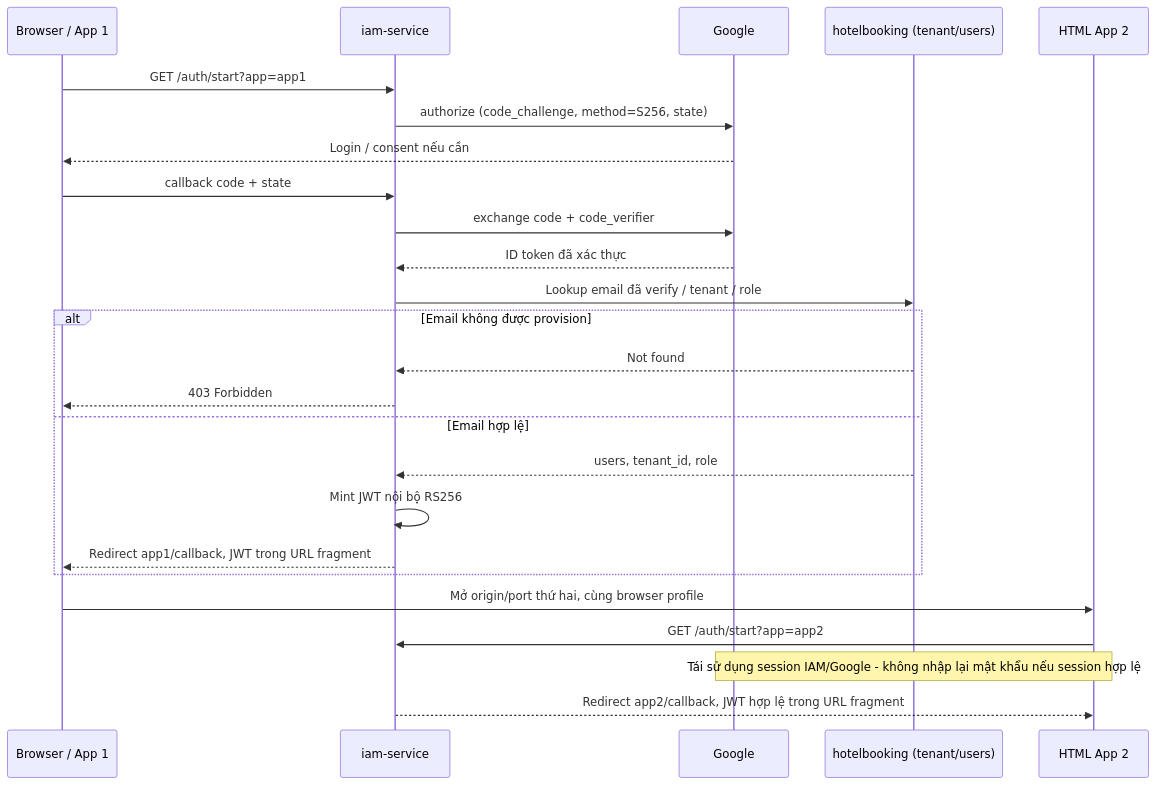
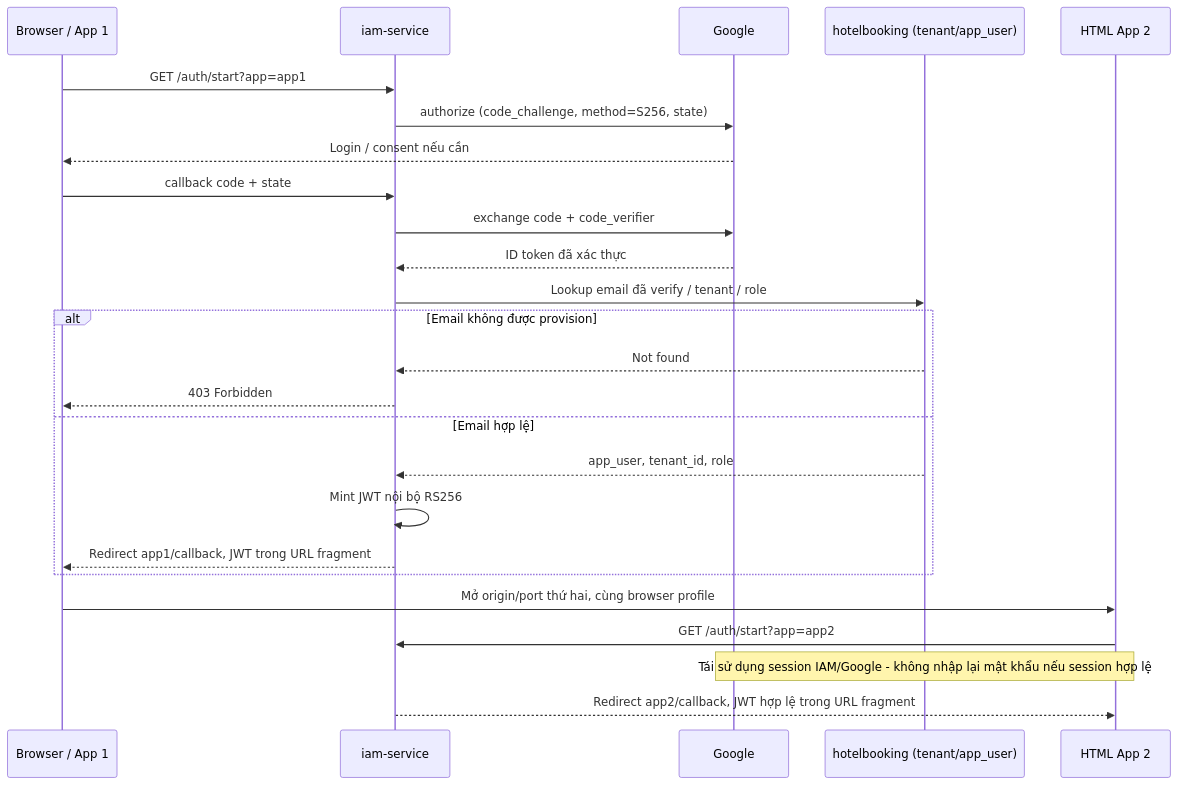
The second of 5 diagrams in docs/iam-google-sso-demo-plan-v2.md (oabga/HotelBookingSystem), drawn with Mermaid before and after one commit. The commit also changed other lines of this file and 2 other files, not shown here.

````diff
--- a/docs/iam-google-sso-demo-plan-v2.md
+++ b/docs/iam-google-sso-demo-plan-v2.md
@@ -432,28 +432,28 @@
 ```mermaid
 sequenceDiagram
     participant Browser as Browser / App 1
     participant IAM as iam-service
     participant Google
-    participant DB as hotelbooking (tenant/users)
+    participant DB as hotelbooking (tenant/app_user)
     participant App2 as HTML App 2
 
     Browser->>IAM: GET /auth/start?app=app1
     IAM->>Google: authorize (code_challenge, method=S256, state)
     Google-->>Browser: Login / consent nếu cần
     Browser->>IAM: callback code + state
     IAM->>Google: exchange code + code_verifier
     Google-->>IAM: ID token đã xác thực
     IAM->>DB: Lookup email đã verify / tenant / role
     alt Email không được provision
         DB-->>IAM: Not found
         IAM-->>Browser: 403 Forbidden
     else Email hợp lệ
-        DB-->>IAM: users, tenant_id, role
+        DB-->>IAM: app_user, tenant_id, role
         IAM->>IAM: Mint JWT nội bộ RS256
         IAM-->>Browser: Redirect app1/callback, JWT trong URL fragment
     end
     Browser->>App2: Mở origin/port thứ hai, cùng browser profile
     App2->>IAM: GET /auth/start?app=app2
     Note over App2,Google: Tái sử dụng session IAM/Google - không nhập lại mật khẩu nếu session hợp lệ
     IAM-->>App2: Redirect app2/callback, JWT hợp lệ trong URL fragment
 ```
````
